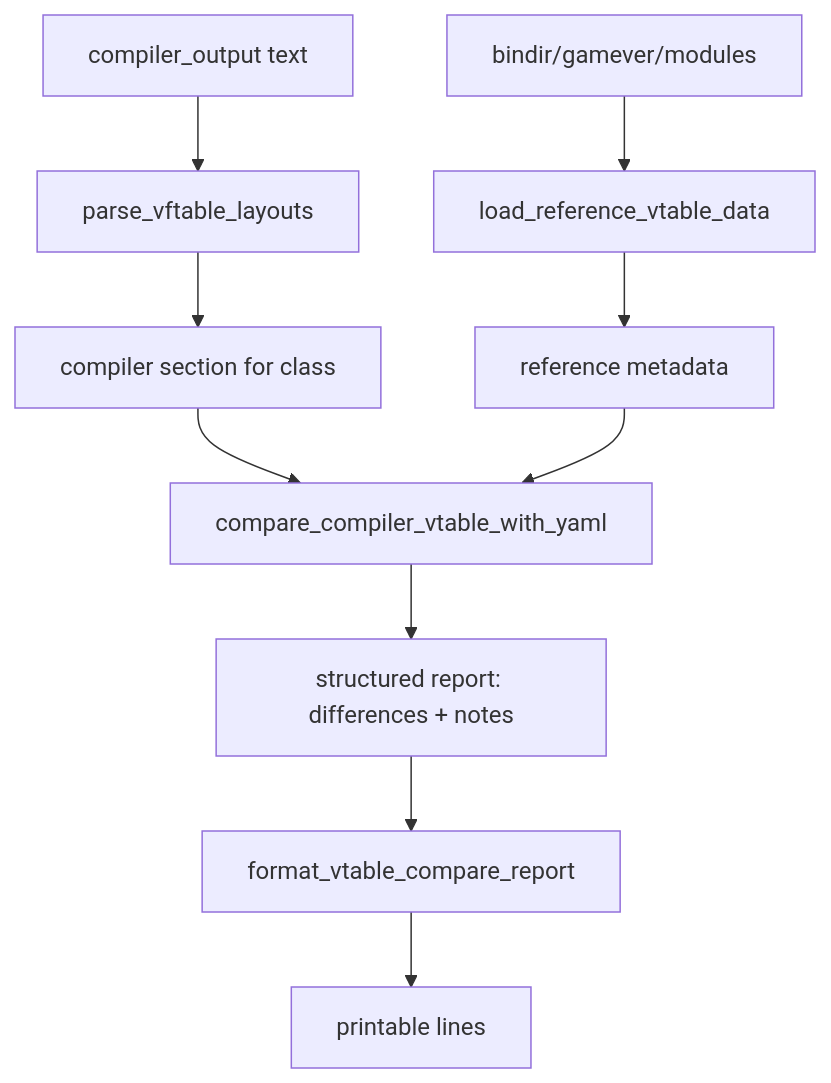
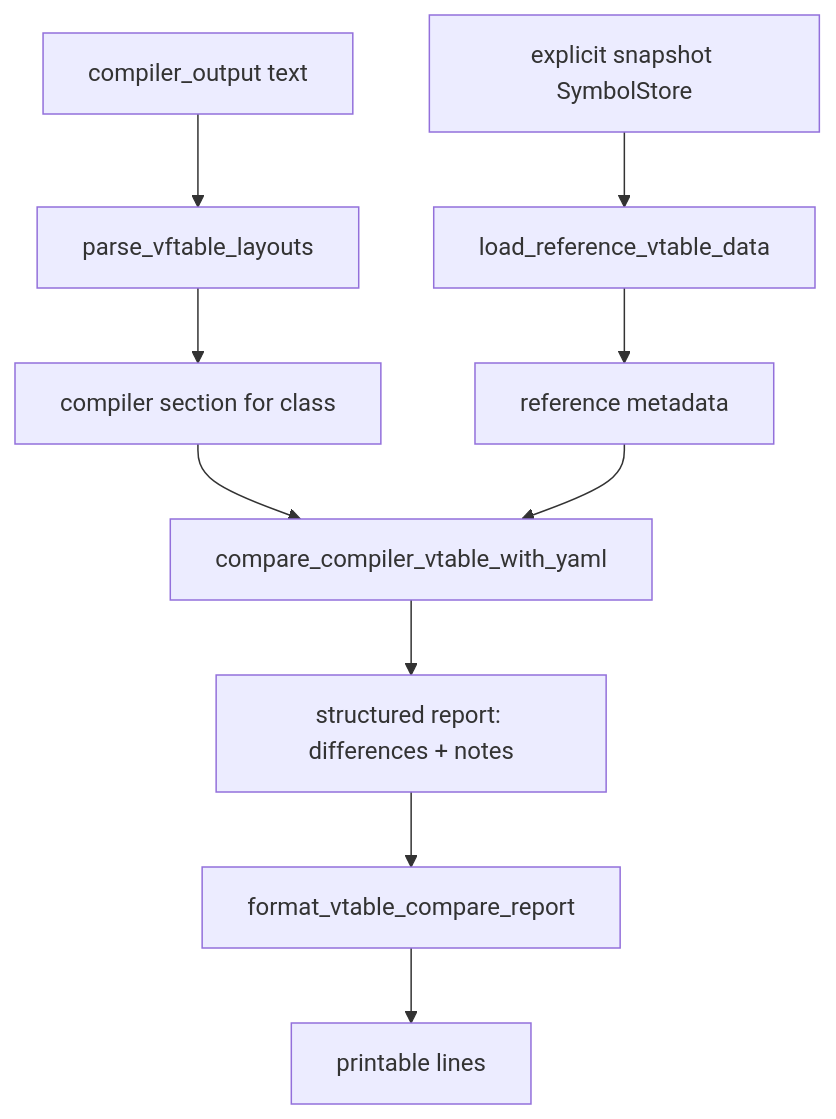
One commit to HLND2T/CS2_VibeSignatures changed the diagram in memory/cpp_tests_util.md. Above: the diagram before and after it, drawn with Mermaid. The commit also changed other lines of this file and 4 other files, not shown here.

````diff
--- a/memory/cpp_tests_util.md
+++ b/memory/cpp_tests_util.md
@@ -28,12 +28,12 @@
 ```mermaid
 flowchart TD
     A[compiler_output text] --> B[parse_vftable_layouts]
     B --> C[compiler section for class]
-    D[bindir/gamever/modules] --> E[load_reference_vtable_data]
+    D["explicit snapshot SymbolStore"] --> E["load_reference_vtable_data"]
     E --> F[reference metadata]
     C --> G[compare_compiler_vtable_with_yaml]
     F --> G
     G --> H[structured report: differences + notes]
     H --> I[format_vtable_compare_report]
     I --> J[printable lines]
 ```
````
